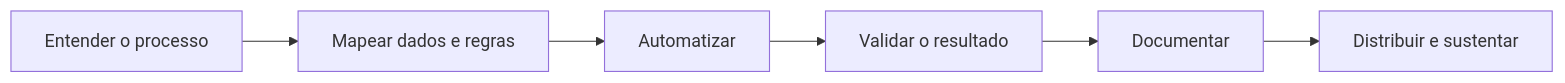
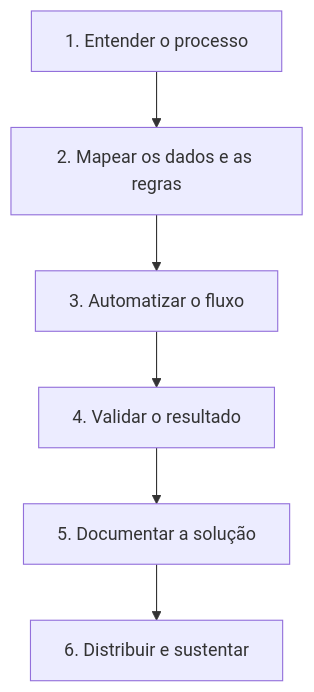
The diagram in README.md (rodrigolisboa25-create/rodrigolisboa25-create), drawn with Mermaid before and after one commit. The commit also changed other lines of this file, not shown here.

Commit message:
Atualiza projetos, fluxo e contato

````diff
--- a/README.md
+++ b/README.md
@@ -68,8 +74,11 @@
 ```mermaid
-flowchart LR
-    A[Entender o processo] --> B[Mapear dados e regras]
-    B --> C[Automatizar]
-    C --> D[Validar o resultado]
-    D --> E[Documentar]
-    E --> F[Distribuir e sustentar]
+flowchart TB
+    A[1. Entender o processo]
+    B[2. Mapear os dados e as regras]
+    C[3. Automatizar o fluxo]
+    D[4. Validar o resultado]
+    E[5. Documentar a solução]
+    F[6. Distribuir e sustentar]
+
+    A --> B --> C --> D --> E --> F
 ```
````
